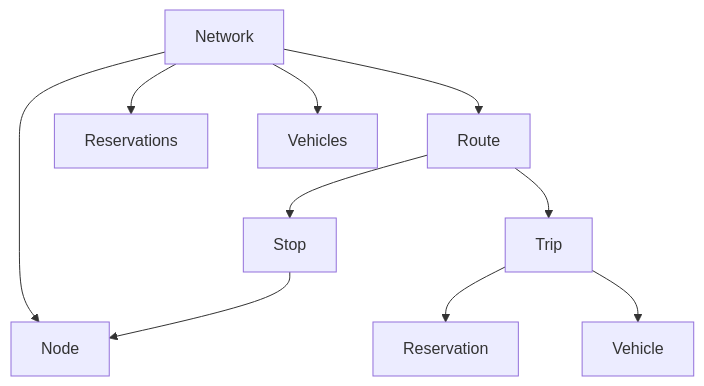
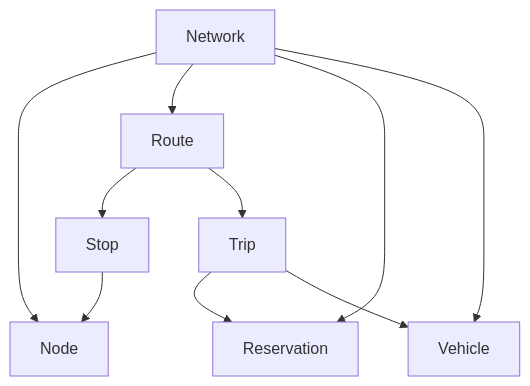
Before and after one commit to maptic/osurs: the second of 2 diagrams in README.md, drawn with Mermaid.

Commit message:
Another typo in graph.

````diff
--- a/README.md
+++ b/README.md
@@ -34,12 +34,12 @@
 ```mermaid
 graph TD;
   Network-->Node;
   Network-->Route;
-  Network-->Reservations;
-  Network-->Vehicles;
+  Network-->Reservation;
+  Network-->Vehicle;
   Route-->Stop;
   Route-->Trip;
   Stop-->Node;
   Trip-->Reservation;
   Trip-->Vehicle;
 ```
````
